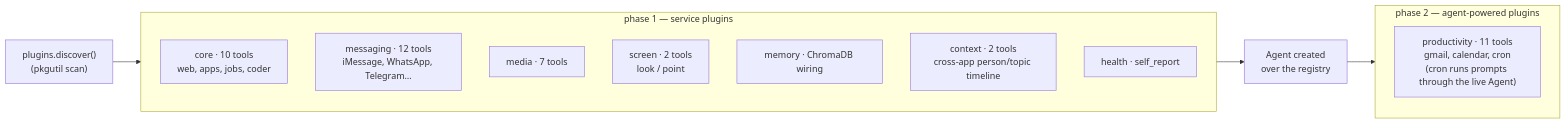
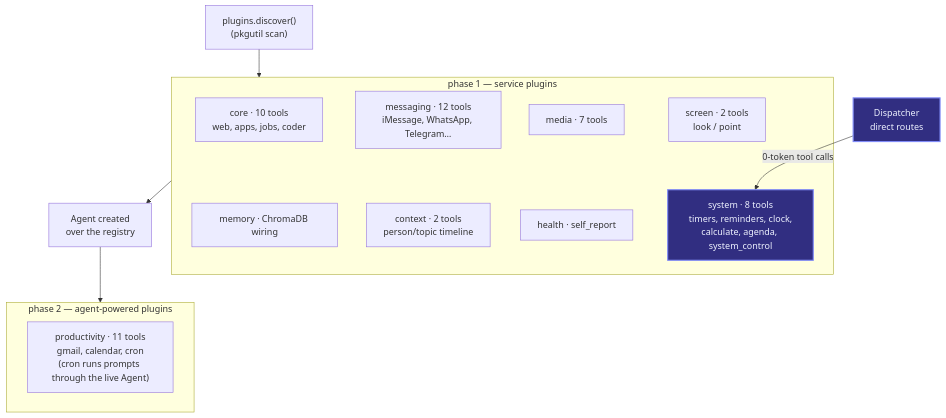
Before and after one commit to Bhanu1299/Aria: the fifth of 8 diagrams in ARCHITECTURE.md, drawn with Mermaid. The commit also changed other lines of this file and 2 other files, not shown here.

First line of the commit message:
docs: show the dispatcher and GateLLM gateway in every diagram

````diff
--- a/ARCHITECTURE.md
+++ b/ARCHITECTURE.md
@@ -140,21 +200,30 @@
 ```mermaid
-flowchart LR
+flowchart TB
     D["plugins.discover()<br/>(pkgutil scan)"] --> P1
 
     subgraph P1 [" phase 1 — service plugins "]
         CORE["core · 10 tools<br/>web, apps, jobs, coder"]
         MSG["messaging · 12 tools<br/>iMessage, WhatsApp, Telegram…"]
         MED["media · 7 tools"]
         SCR["screen · 2 tools<br/>look / point"]
         MEM["memory · ChromaDB wiring"]
-        CTX["context · 2 tools<br/>cross-app person/topic timeline"]
+        CTX["context · 2 tools<br/>person/topic timeline"]
         HLT["health · self_report"]
+        SYS["system · 8 tools<br/>timers, reminders, clock,<br/>calculate, agenda, system_control"]
+        CORE ~~~ MEM
+        MSG ~~~ CTX
+        MED ~~~ HLT
+        SCR ~~~ SYS
     end
 
     P1 --> AGENT["Agent created<br/>over the registry"]
     AGENT --> P2
+    DSP["Dispatcher<br/>direct routes"] -->|"0-token tool calls"| SYS
 
     subgraph P2 [" phase 2 — agent-powered plugins "]
         PROD["productivity · 11 tools<br/>gmail, calendar, cron<br/>(cron runs prompts through the live Agent)"]
     end
+
+    classDef key fill:#312e81,stroke:#818cf8,color:#eef2ff,stroke-width:2px
+    class DSP,SYS key
 ```
````
